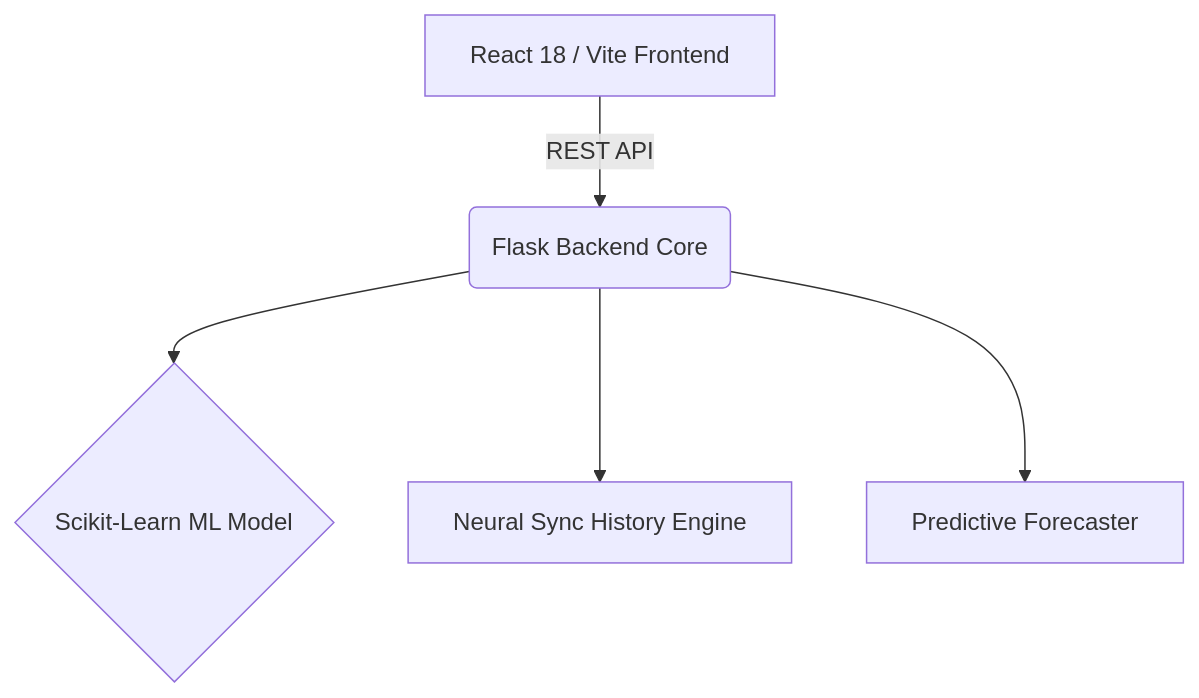
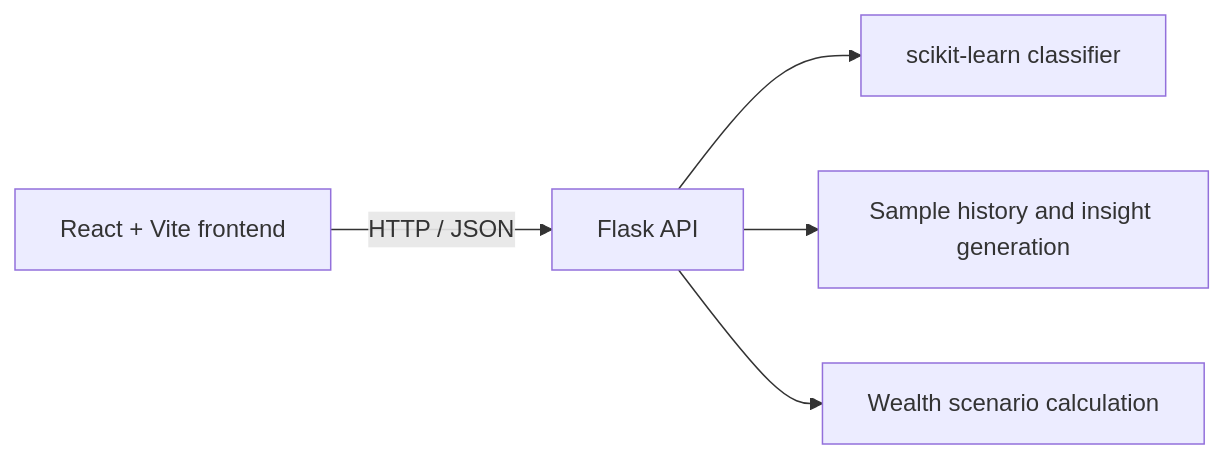
One commit to urooj-vX/memex- changed the diagram in README.md. Above: the diagram before and after it, drawn with Mermaid. The commit also changed other lines of this file, not shown here.

````diff
--- a/README.md
+++ b/README.md
@@ -43,7 +37,7 @@
 ```mermaid
-graph TD
-    A[React 18 / Vite Frontend] -->|REST API| B(Flask Backend Core)
-    B --> C{Scikit-Learn ML Model}
-    B --> D[Neural Sync History Engine]
-    B --> E[Predictive Forecaster]
+flowchart LR
+    UI[React + Vite frontend] -->|HTTP / JSON| API[Flask API]
+    API --> Model[scikit-learn classifier]
+    API --> History[Sample history and insight generation]
+    API --> Forecast[Wealth scenario calculation]
 ```
````
